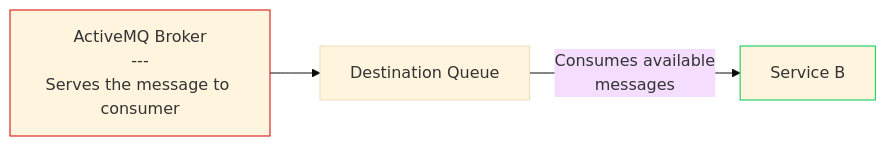
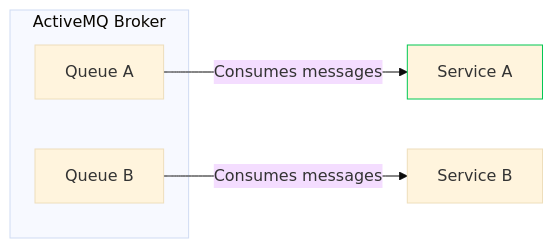
The second of 5 diagrams in tasks/Task_4.md (Waleed2660/springboot-learning-kit), drawn with Mermaid (base theme) before and after one commit. The commit also changed other lines of this file and 15 other files, not shown here.

````diff
--- a/tasks/Task_4.md
+++ b/tasks/Task_4.md
@@ -35,7 +41,13 @@
 ```mermaid
 flowchart LR
-    B["ActiveMQ Broker<br>---<br>Serves the message to consumer"] --> C["Destination Queue"]
-    C -- Consumes available <br/> messages --> D["Service B"]
-    style B stroke:#D50000
-    style D stroke:#00C853
+    A["Queue A"]
+    A --> |Consumes messages| B["Service A"]
+    C["Queue B"]
+    C --> |Consumes messages| D["Service B"]
+    
+    subgraph "ActiveMQ Broker"
+        A
+        C
+    end
+    style B stroke:#00C853
 ```
````
